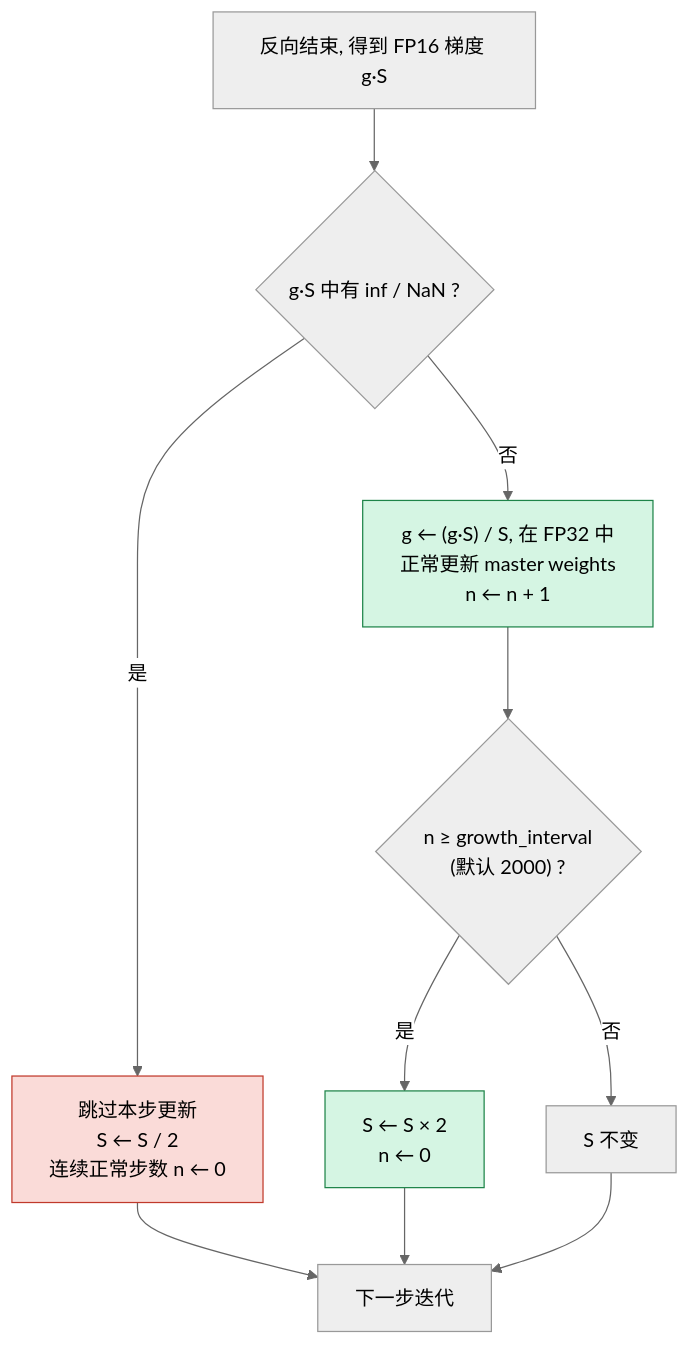
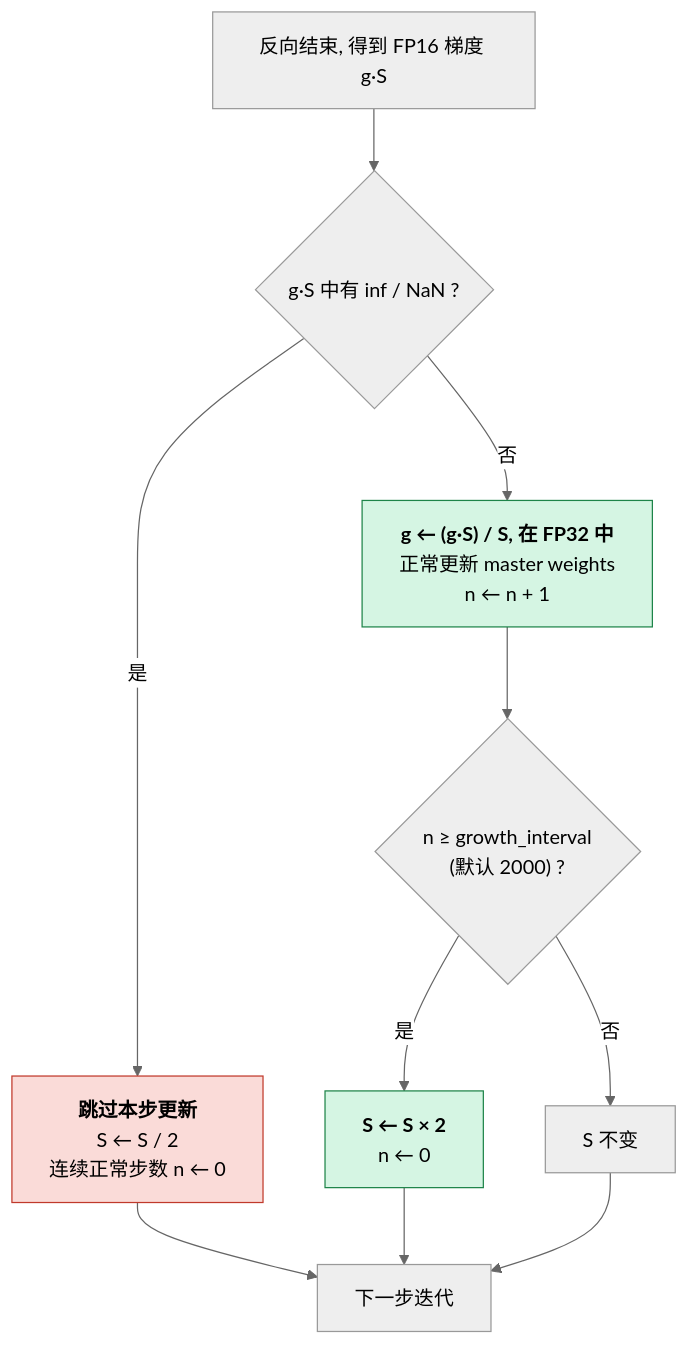
The second of 3 diagrams in _posts/2026-04-08-floating-point-formats-and-mixed-precision.md (arganzheng/arganzheng.github.com), drawn with Mermaid (neutral theme) before and after one commit. The commit also changed other lines of this file and 9 other files, not shown here.

First line of the commit message:
现代 LLM 结构：从 GPT-2 到今天的演进：Mermaid 多行方框的首行标为标题（10 篇）

````diff
--- a/_posts/2026-04-08-floating-point-formats-and-mixed-precision.md
+++ b/_posts/2026-04-08-floating-point-formats-and-mixed-precision.md
@@ -282,21 +282,21 @@
 ```mermaid
 %% 图：动态 loss scaling 的流程：有 inf / NaN 则跳步并减半 S，连续正常 growth_interval 步则翻倍
 flowchart TB
     bwd["反向结束, 得到 FP16 梯度 g·S"]
     chk{"g·S 中有 inf / NaN ?"}
-    skip["跳过本步更新<br/>S ← S / 2<br/>连续正常步数 n ← 0"]
-    upd["g ← (g·S) / S, 在 FP32 中<br/>正常更新 master weights<br/>n ← n + 1"]
+    skip["<b>跳过本步更新</b><br/>S ← S / 2<br/>连续正常步数 n ← 0"]
+    upd["<b>g ← (g·S) / S, 在 FP32 中</b><br/>正常更新 master weights<br/>n ← n + 1"]
     grow{"n ≥ growth_interval<br/>(默认 2000) ?"}
-    dbl["S ← S × 2<br/>n ← 0"]
+    dbl["<b>S ← S × 2</b><br/>n ← 0"]
     keep["S 不变"]
     nxt["下一步迭代"]
     bwd --> chk
     chk -->|"是"| skip --> nxt
     chk -->|"否"| upd --> grow
     grow -->|"是"| dbl --> nxt
     grow -->|"否"| keep --> nxt
     classDef bad fill:#fadbd8,stroke:#c0392b;
     classDef good fill:#d5f5e3,stroke:#1e8449;
     class skip bad;
     class upd,dbl good;
 ```
````
